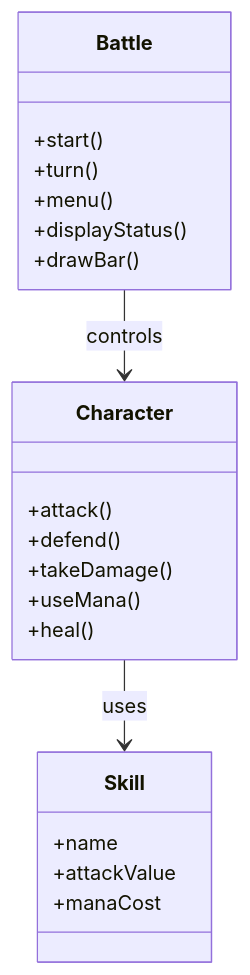
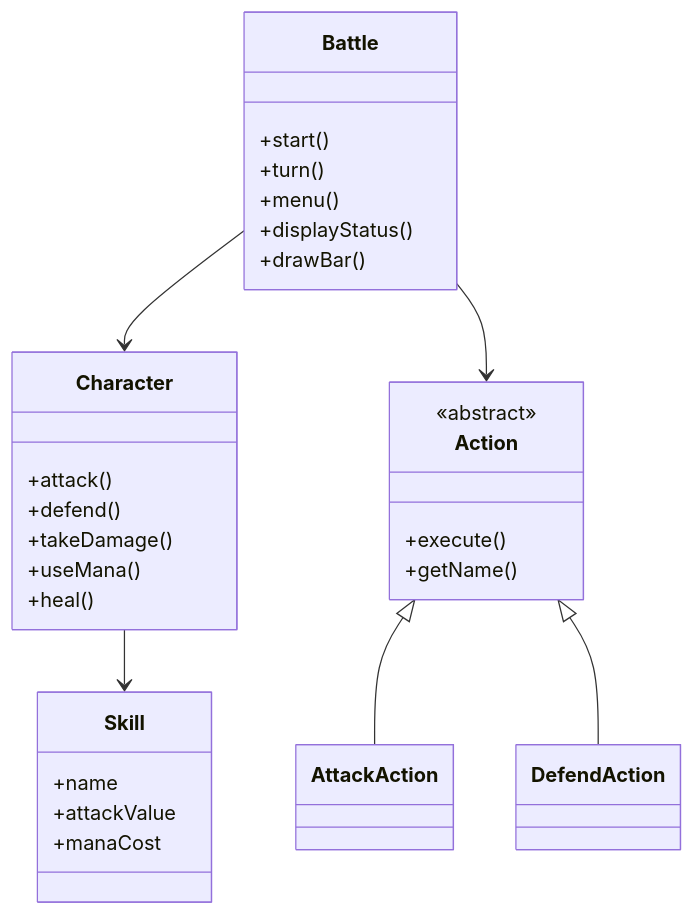
One commit to G4vi1/Turn-based-battle-game changed the second of 3 diagrams in README.md. Above: the diagram before and after it, drawn with Mermaid. The commit also changed other lines of this file and 9 other files, not shown here.

````diff
--- a/README.md
+++ b/README.md
@@ -73,28 +83,41 @@
 ```mermaid
 classDiagram
 
 class Battle{
 +start()
 +turn()
 +menu()
 +displayStatus()
 +drawBar()
 }
 
 class Character{
 +attack()
 +defend()
 +takeDamage()
 +useMana()
 +heal()
 }
 
 class Skill{
 +name
 +attackValue
 +manaCost
 }
 
-Battle --> Character : controls
-Character --> Skill : uses
+class Action{
+<<abstract>>
++execute()
++getName()
+}
+
+class AttackAction
+class DefendAction
+
+Action <|-- AttackAction
+Action <|-- DefendAction
+
+Battle --> Character
+Battle --> Action
+Character --> Skill
 ```
````
